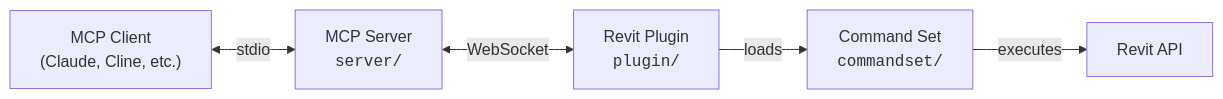
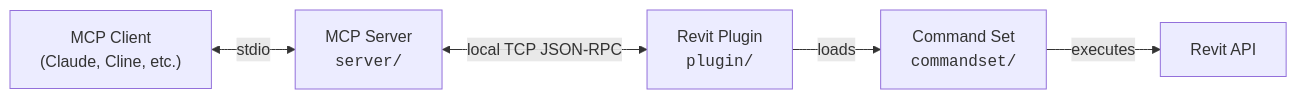
One commit to BhaveshY/mcp-servers-for-revit changed the diagram in README.md. Above: the diagram before and after it, drawn with Mermaid. The commit also changed other lines of this file and 21 other files, not shown here.

````diff
--- a/README.md
+++ b/README.md
@@ -14,13 +14,13 @@
 ```mermaid
 flowchart LR
     Client["MCP Client<br/>(Claude, Cline, etc.)"]
     Server["MCP Server<br/><code>server/</code>"]
     Plugin["Revit Plugin<br/><code>plugin/</code>"]
     CommandSet["Command Set<br/><code>commandset/</code>"]
     Revit["Revit API"]
 
     Client <-->|stdio| Server
-    Server <-->|WebSocket| Plugin
+    Server <-->|local TCP JSON-RPC| Plugin
     Plugin -->|loads| CommandSet
     CommandSet -->|executes| Revit
 ```
````
